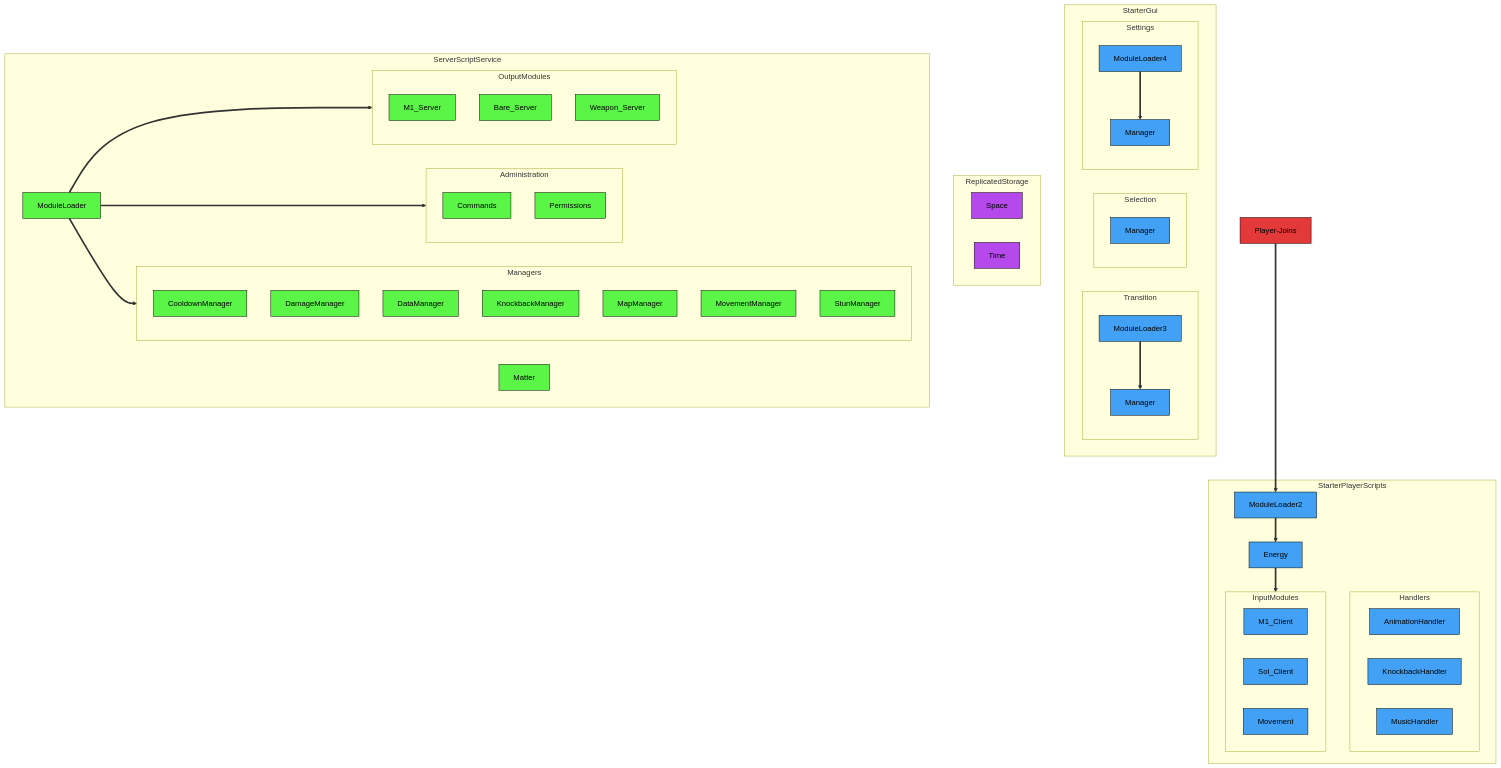
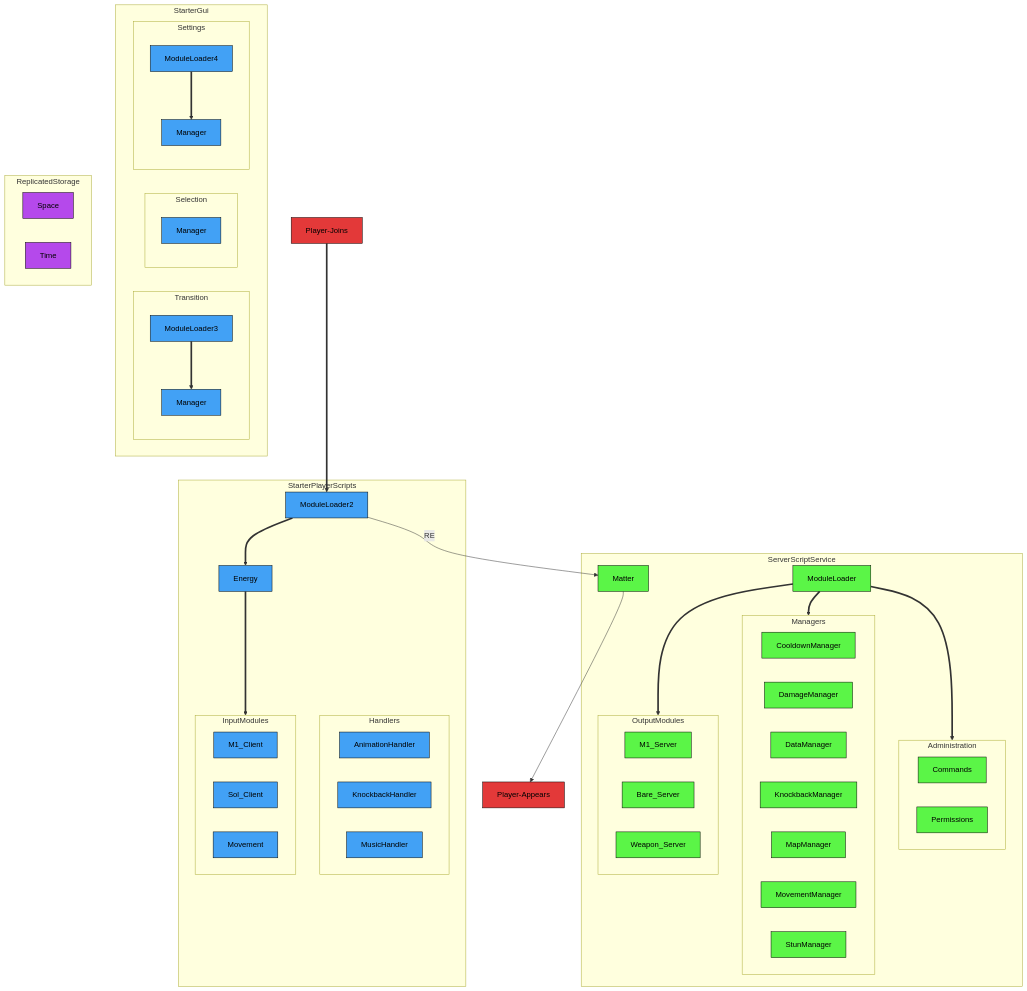
The first of 3 diagrams in README.md (altair5607249/Crusaders-Game), drawn with Mermaid before and after one commit.

```diff
--- a/README.md
+++ b/README.md
@@ -121,13 +121,14 @@
 
   Player-Joins==>ModuleLoader2
 
+  ModuleLoader2-->|RE| Matter-->Player-Appears;
   ModuleLoader2==>Energy==>InputModules;
 
   ModuleLoader==>Administration;
   ModuleLoader==>Managers;
   ModuleLoader==>OutputModules;
 
-  class Player-Joins eventNode;
+  class Player-Joins,Player-Appears eventNode;
   class ModuleLoader,Matter,Commands,Permissions,CooldownManager,DamageManager,DataManager,KnockbackManager,MapManager,MovementManager,StunManager,M1_Server,Bare_Server,Weapon_Server serverNode;
   class ModuleLoader2,Energy,AnimationHandler,KnockbackHandler,MusicHandler,M1_Client,Sol_Client,Movement,ModuleLoader3,ModuleLoader4,A,B,C clientNode;
   class Space,Time universalNode;
```
